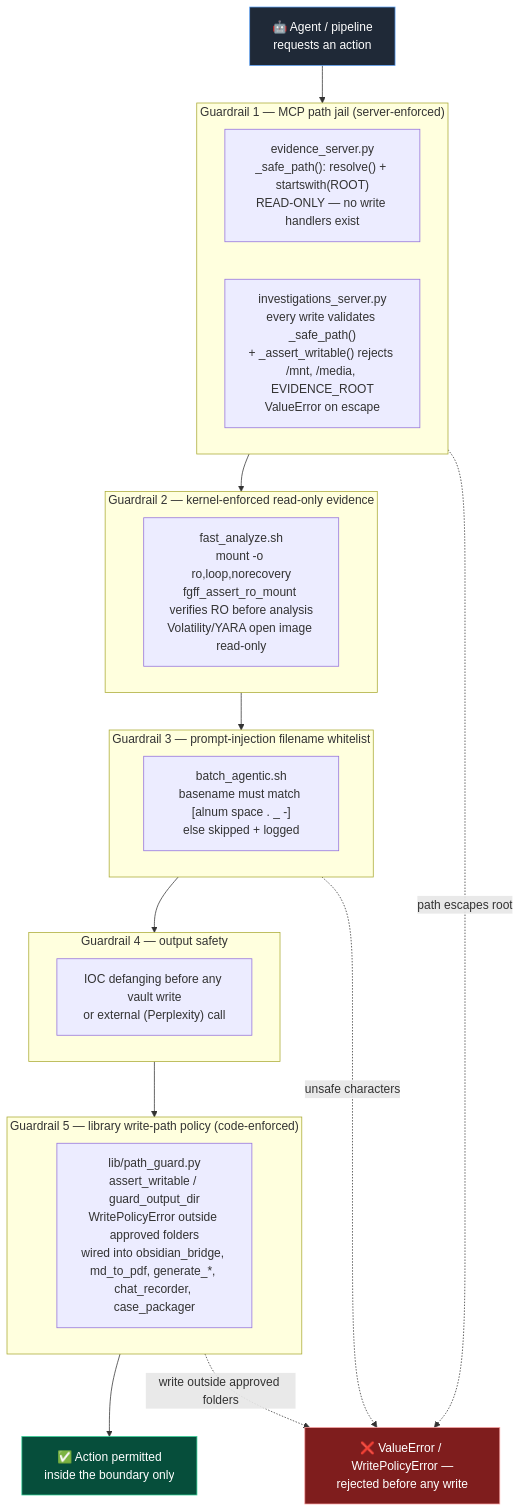
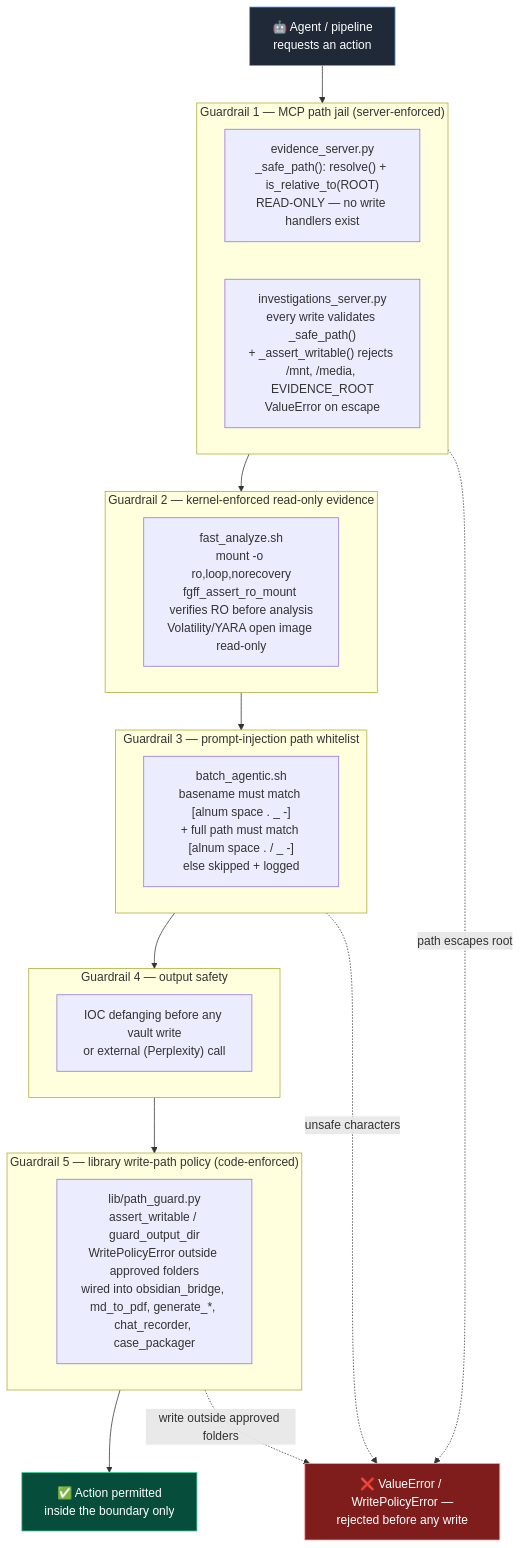
One commit to vriesrichardde/FanGetFameFast changed the fifth of 9 diagrams in docs/ARCHITECTURE_DIAGRAM.md. Above: the diagram before and after it, drawn with Mermaid. The commit also changed other lines of this file and 20 other files, not shown here.

````diff
--- a/docs/ARCHITECTURE_DIAGRAM.md
+++ b/docs/ARCHITECTURE_DIAGRAM.md
@@ -250,35 +250,35 @@
 ```mermaid
 flowchart TB
     AGENT["🤖 Agent / pipeline<br/>requests an action"]:::agent
 
     subgraph G1["Guardrail 1 — MCP path jail (server-enforced)"]
-        EV["evidence_server.py<br/>_safe_path(): resolve() + startswith(ROOT)<br/>READ-ONLY — no write handlers exist"]
+        EV["evidence_server.py<br/>_safe_path(): resolve() + is_relative_to(ROOT)<br/>READ-ONLY — no write handlers exist"]
         INV["investigations_server.py<br/>every write validates _safe_path()<br/>+ _assert_writable() rejects /mnt, /media, EVIDENCE_ROOT<br/>ValueError on escape"]
     end
 
     subgraph G2["Guardrail 2 — kernel-enforced read-only evidence"]
         MNT["fast_analyze.sh<br/>mount -o ro,loop,norecovery<br/>fgff_assert_ro_mount verifies RO before analysis<br/>Volatility/YARA open image read-only"]
     end
 
-    subgraph G3["Guardrail 3 — prompt-injection filename whitelist"]
-        FN["batch_agentic.sh<br/>basename must match [alnum space . _ -]<br/>else skipped + logged"]
+    subgraph G3["Guardrail 3 — prompt-injection path whitelist"]
+        FN["batch_agentic.sh<br/>basename must match [alnum space . _ -]<br/>+ full path must match [alnum space . / _ -]<br/>else skipped + logged"]
     end
 
     subgraph G4["Guardrail 4 — output safety"]
         DF["IOC defanging before any vault write<br/>or external (Perplexity) call"]
     end
 
     subgraph G5["Guardrail 5 — library write-path policy (code-enforced)"]
         PG["lib/path_guard.py<br/>assert_writable / guard_output_dir<br/>WritePolicyError outside approved folders<br/>wired into obsidian_bridge, md_to_pdf, generate_*, chat_recorder, case_packager"]
     end
 
     AGENT --> G1 --> G2 --> G3 --> G4 --> G5 --> ALLOW["✅ Action permitted<br/>inside the boundary only"]:::ok
 
     G1 -.->|"path escapes root"| DENY["❌ ValueError / WritePolicyError —<br/>rejected before any write"]:::deny
     G3 -.->|"unsafe characters"| DENY
     G5 -.->|"write outside approved folders"| DENY
 
     classDef agent fill:#1f2937,stroke:#60a5fa,color:#fff
     classDef ok fill:#064e3b,stroke:#34d399,color:#fff
     classDef deny fill:#7f1d1d,stroke:#fca5a5,color:#fff
 ```
````
